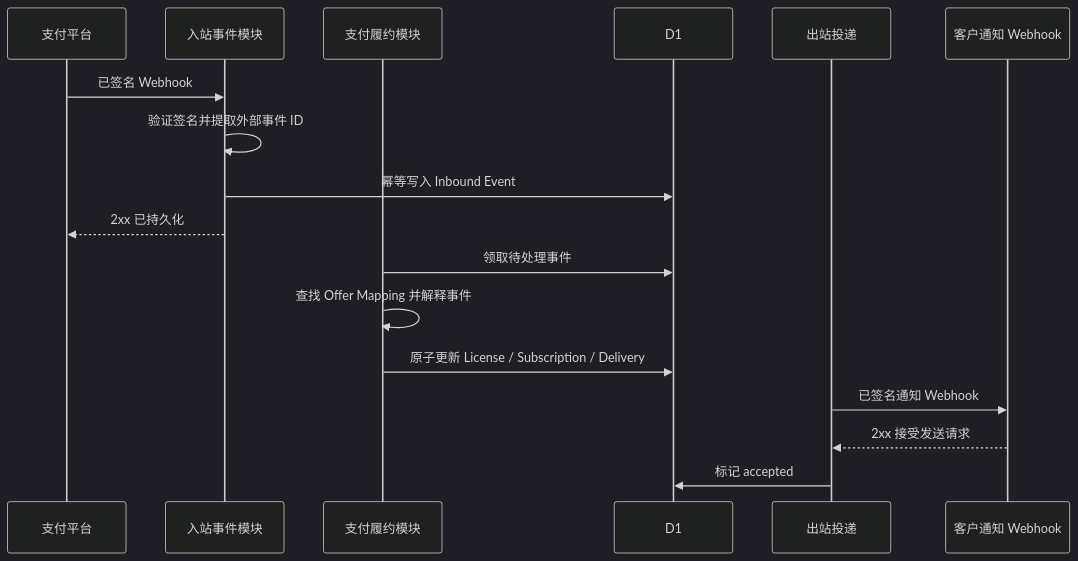
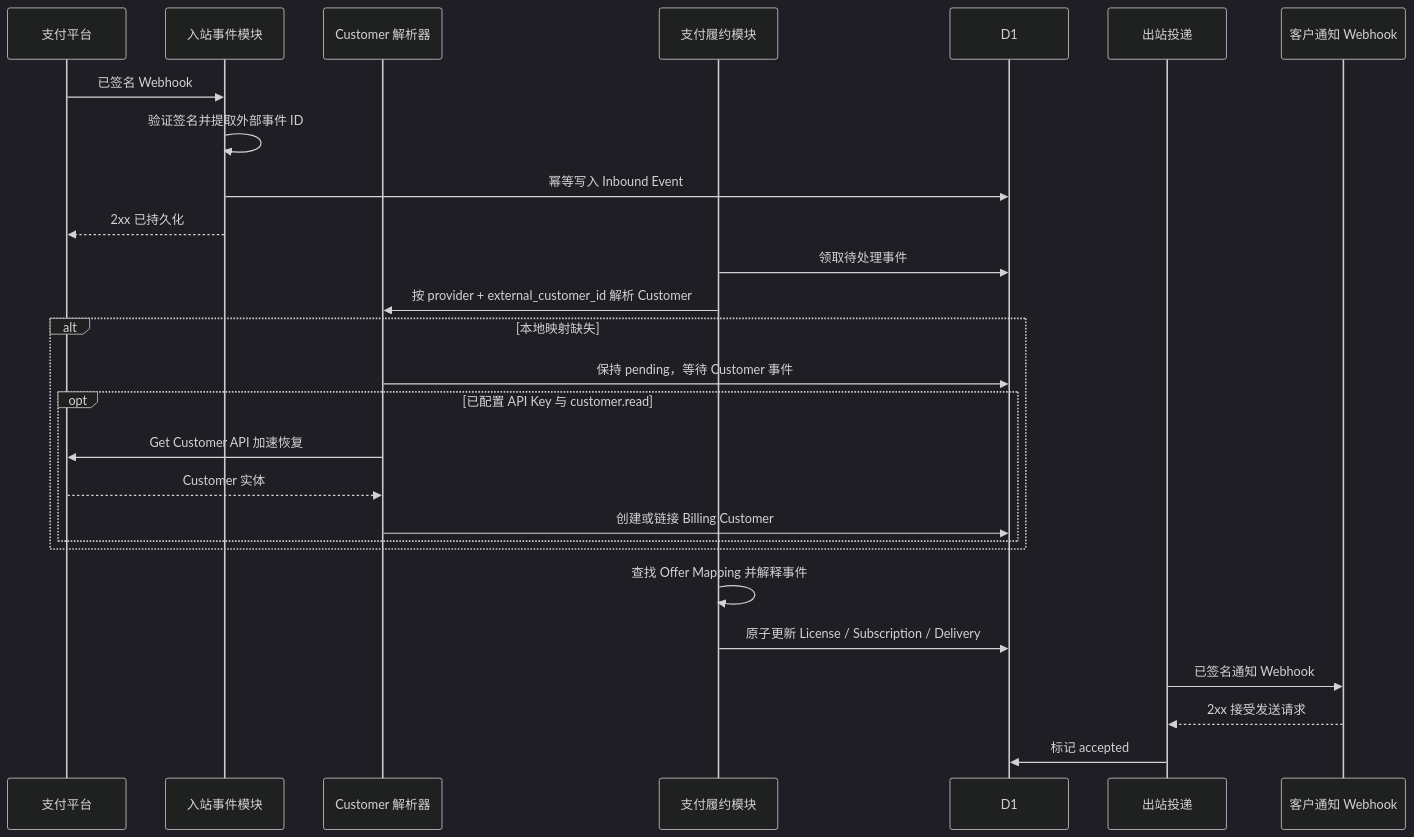
One commit to LicenKit/licenkit changed the first of 3 diagrams in docs/zh-CN/02-business-flows.md. Above: the diagram before and after it, drawn with Mermaid (dark theme). The commit also changed other lines of this file and 166 other files, not shown here.

Commit message:
Refactor to v1 architecture with billing, checkout SDK, customer portal, and domain-driven structure

````diff
--- a/docs/zh-CN/02-business-flows.md
+++ b/docs/zh-CN/02-business-flows.md
@@ -7,20 +9,30 @@
 ```mermaid
 sequenceDiagram
     participant Pay as 支付平台
     participant In as 入站事件模块
+    participant Resolve as Customer 解析器
     participant Fulfill as 支付履约模块
     participant DB as D1
     participant Outbox as 出站投递
     participant Receiver as 客户通知 Webhook
 
     Pay->>In: 已签名 Webhook
     In->>In: 验证签名并提取外部事件 ID
     In->>DB: 幂等写入 Inbound Event
     In-->>Pay: 2xx 已持久化
     Fulfill->>DB: 领取待处理事件
+    Fulfill->>Resolve: 按 provider + external_customer_id 解析 Customer
+    alt 本地映射缺失
+        Resolve->>DB: 保持 pending，等待 Customer 事件
+        opt 已配置 API Key 与 customer.read
+            Resolve->>Pay: Get Customer API 加速恢复
+            Pay-->>Resolve: Customer 实体
+            Resolve->>DB: 创建或链接 Billing Customer
+        end
+    end
     Fulfill->>Fulfill: 查找 Offer Mapping 并解释事件
     Fulfill->>DB: 原子更新 License / Subscription / Delivery
     Outbox->>Receiver: 已签名通知 Webhook
     Receiver-->>Outbox: 2xx 接受发送请求
     Outbox->>DB: 标记 accepted
 ```
````
